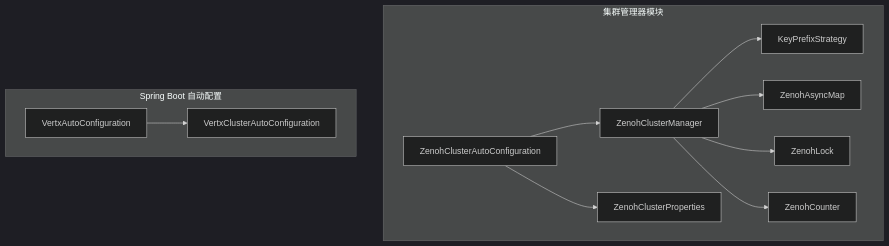
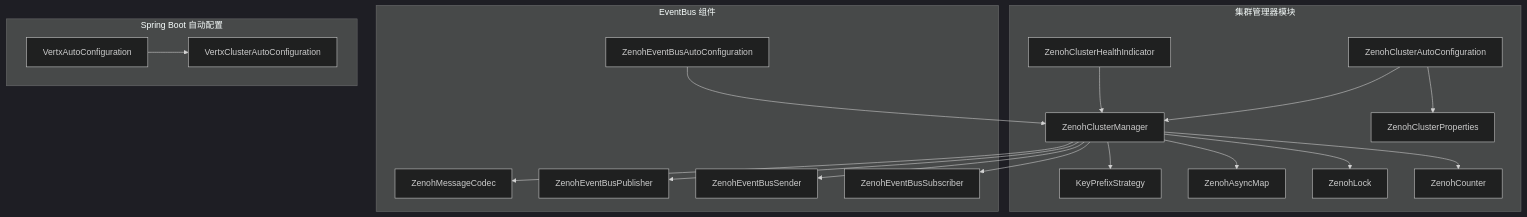
One commit to ossworker/vertx-starter changed the first of 8 diagrams in .qoder/repowiki/zh/content/集群管理模块/集群管理器实现.md. Above: the diagram before and after it, drawn with Mermaid (dark theme). The commit also changed other lines of this file and 7 other files, not shown here.

````diff
--- a/.qoder/repowiki/zh/content/集群管理模块/集群管理器实现.md
+++ b/.qoder/repowiki/zh/content/集群管理模块/集群管理器实现.md
@@ -42,23 +58,37 @@
 ```mermaid
 graph TB
 subgraph "集群管理器模块"
 ZCM["ZenohClusterManager"]
 KPS["KeyPrefixStrategy"]
 ZAM["ZenohAsyncMap"]
 ZLK["ZenohLock"]
 ZCN["ZenohCounter"]
 ZCA["ZenohClusterAutoConfiguration"]
 ZCP["ZenohClusterProperties"]
+ZCHI["ZenohClusterHealthIndicator"]
+end
+subgraph "EventBus 组件"
+ZMC["ZenohMessageCodec"]
+ZEP["ZenohEventBusPublisher"]
+ZES["ZenohEventBusSender"]
+ZEB["ZenohEventBusSubscriber"]
+ZEA["ZenohEventBusAutoConfiguration"]
 end
 subgraph "Spring Boot 自动配置"
 VCA["VertxClusterAutoConfiguration"]
 VAU["VertxAutoConfiguration"]
 end
 ZCM --> KPS
 ZCM --> ZAM
 ZCM --> ZLK
 ZCM --> ZCN
+ZCM --> ZMC
+ZCM --> ZEP
+ZCM --> ZES
+ZCM --> ZEB
 ZCA --> ZCM
 ZCA --> ZCP
+ZCHI --> ZCM
+ZEA --> ZCM
 VAU --> VCA
 ```
````
